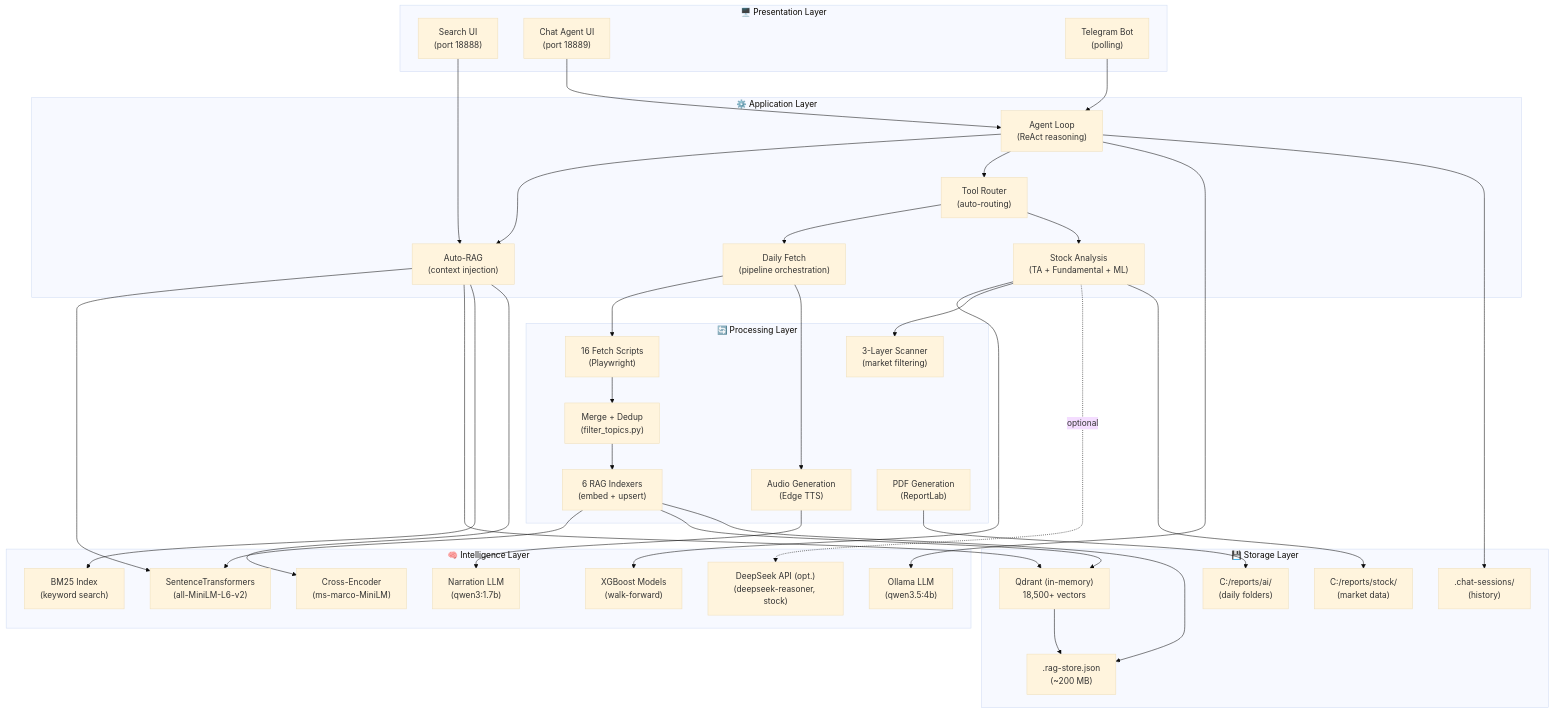
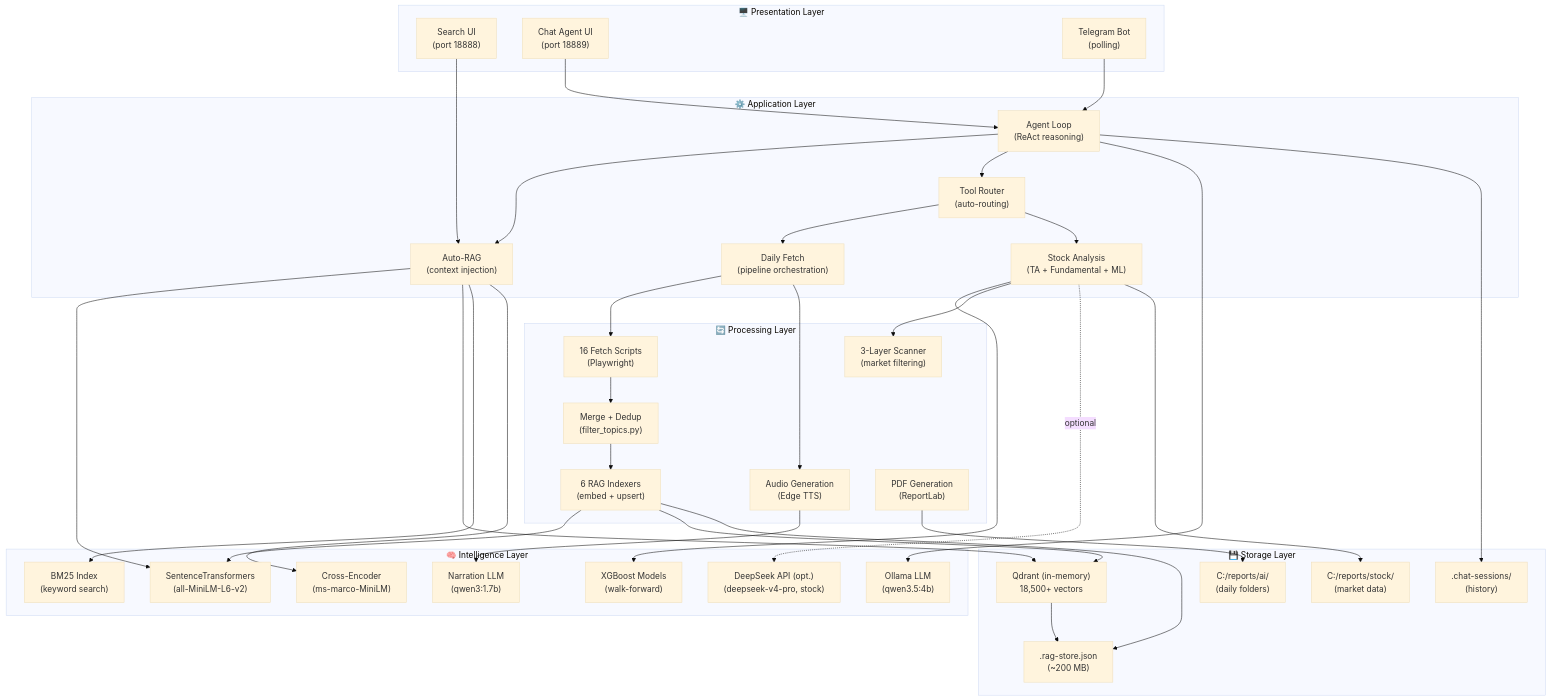
The second of 10 diagrams in docs/design/architecture.md (medavisyin/jarvis-yin), drawn with Mermaid (base theme) before and after one commit. The commit also changed other lines of this file and 17 other files, not shown here.

````diff
--- a/docs/design/architecture.md
+++ b/docs/design/architecture.md
@@ -111,76 +111,76 @@
 ```mermaid
 graph TB
     subgraph Presentation["🖥️ Presentation Layer"]
         WebUI_Search["Search UI<br/>(port 18888)"]
         WebUI_Agent["Chat Agent UI<br/>(port 18889)"]
         TelegramBot["Telegram Bot<br/>(polling)"]
     end
 
     subgraph Application["⚙️ Application Layer"]
         AgentLoop["Agent Loop<br/>(ReAct reasoning)"]
         AutoRAG["Auto-RAG<br/>(context injection)"]
         ToolRouter["Tool Router<br/>(auto-routing)"]
         DailyFetch["Daily Fetch<br/>(pipeline orchestration)"]
         StockAnalysis["Stock Analysis<br/>(TA + Fundamental + ML)"]
     end
 
     subgraph Processing["🔄 Processing Layer"]
         Fetchers["16 Fetch Scripts<br/>(Playwright)"]
         Merger["Merge + Dedup<br/>(filter_topics.py)"]
         Indexers["6 RAG Indexers<br/>(embed + upsert)"]
         AudioGen["Audio Generation<br/>(Edge TTS)"]
         PDFGen["PDF Generation<br/>(ReportLab)"]
         Scanner["3-Layer Scanner<br/>(market filtering)"]
     end
 
     subgraph Intelligence["🧠 Intelligence Layer"]
         Ollama["Ollama LLM<br/>(qwen3.5:4b)"]
-        DeepSeekOpt["DeepSeek API (opt.)<br/>(deepseek-reasoner, stock)"]
+        DeepSeekOpt["DeepSeek API (opt.)<br/>(deepseek-v4-pro, stock)"]
         NarrationLLM["Narration LLM<br/>(qwen3:1.7b)"]
         Embeddings["SentenceTransformers<br/>(all-MiniLM-L6-v2)"]
         XGBoost["XGBoost Models<br/>(walk-forward)"]
         Reranker["Cross-Encoder<br/>(ms-marco-MiniLM)"]
         BM25["BM25 Index<br/>(keyword search)"]
     end
 
     subgraph Storage["💾 Storage Layer"]
         Qdrant["Qdrant (in-memory)<br/>18,500+ vectors"]
         Snapshot[".rag-store.json<br/>(~200 MB)"]
         Reports["C:/reports/ai/<br/>(daily folders)"]
         StockData["C:/reports/stock/<br/>(market data)"]
         Sessions[".chat-sessions/<br/>(history)"]
     end
 
     WebUI_Search --> AutoRAG
     WebUI_Agent --> AgentLoop
     TelegramBot --> AgentLoop
 
     AgentLoop --> AutoRAG
     AgentLoop --> ToolRouter
     AgentLoop --> Ollama
     AutoRAG --> Embeddings
     AutoRAG --> Qdrant
     AutoRAG --> BM25
     AutoRAG --> Reranker
     ToolRouter --> DailyFetch
     ToolRouter --> StockAnalysis
 
     DailyFetch --> Fetchers
     DailyFetch --> AudioGen
     Fetchers --> Merger
     Merger --> Indexers
     Indexers --> Embeddings
     Indexers --> Qdrant
 
     StockAnalysis --> XGBoost
     StockAnalysis --> Scanner
     StockAnalysis -.->|optional| DeepSeekOpt
 
     AudioGen --> NarrationLLM
     PDFGen --> Reports
 
     Qdrant --> Snapshot
     Indexers --> Snapshot
     StockAnalysis --> StockData
     AgentLoop --> Sessions
 ```
````
